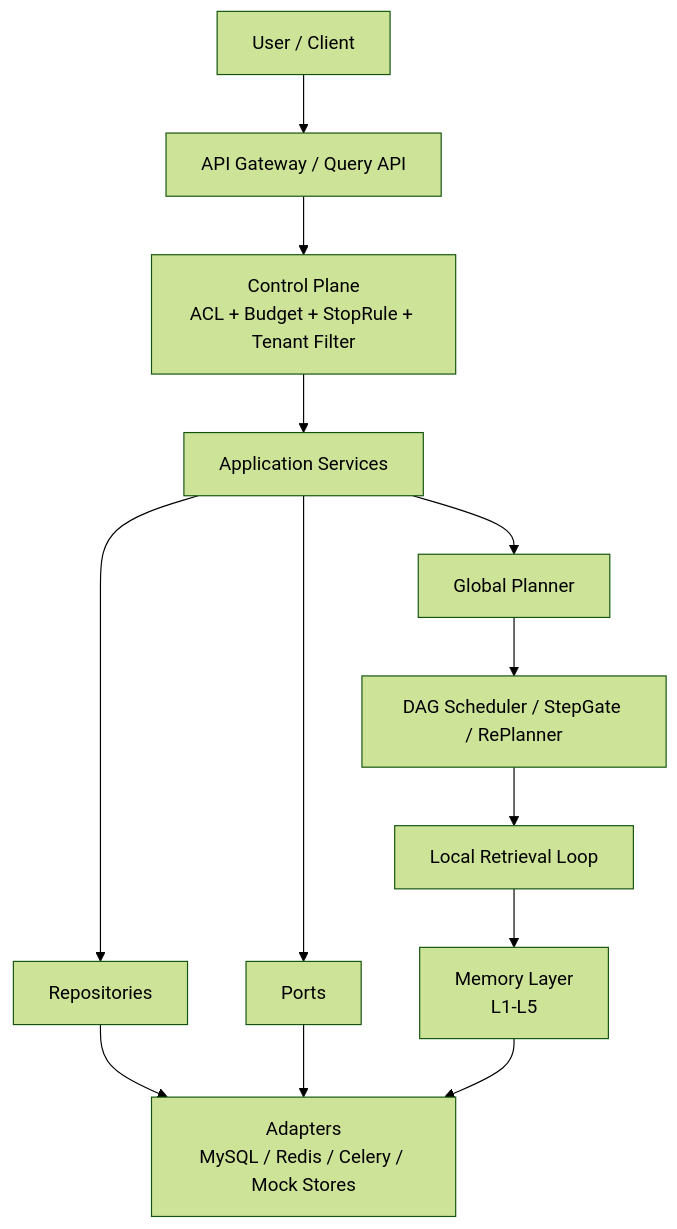
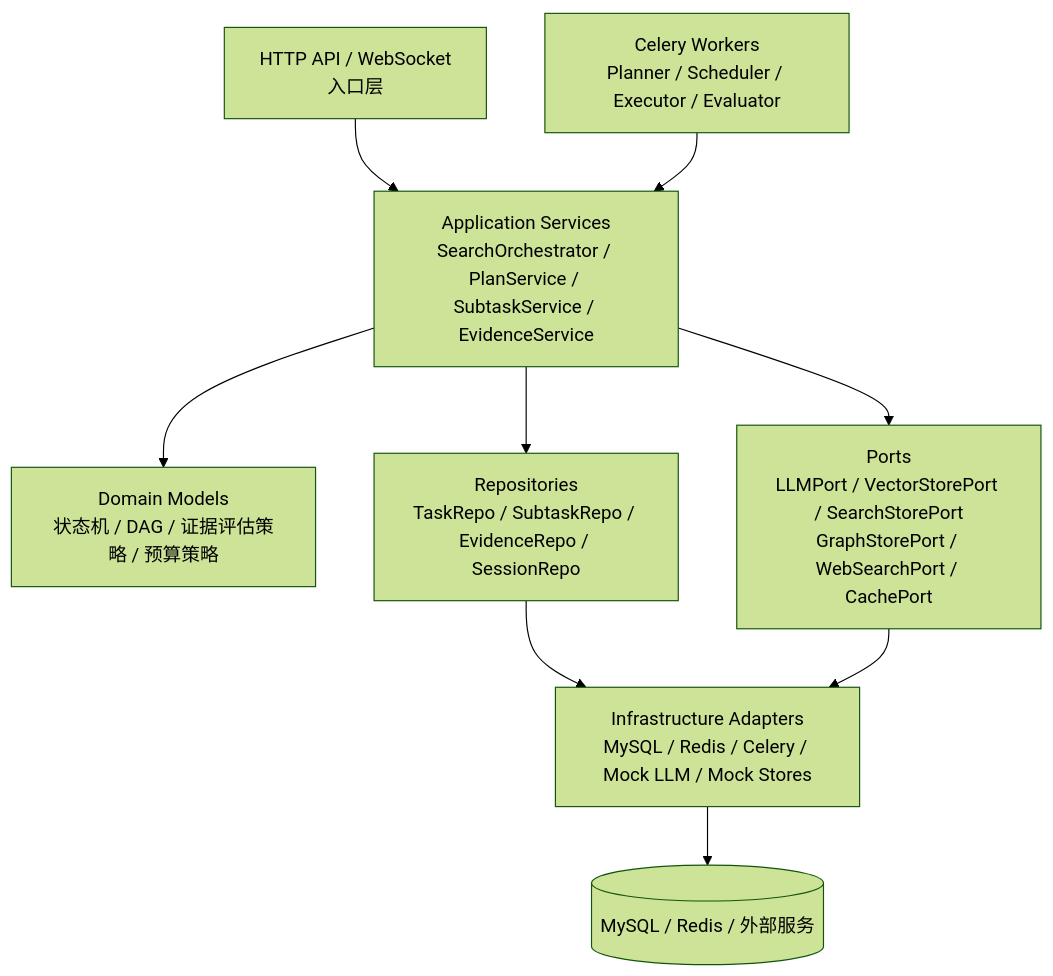
Before and after one commit to kkk935208447/learning_common_lib: the fifth of 5 diagrams in src/learning_common_lib/案例/用户AgenticRAG检索/架构设计规划.md, drawn with Mermaid (forest theme). The commit also changed other lines of this file and 2 other files, not shown here.

````diff
--- a/src/learning_common_lib/案例/用户AgenticRAG检索/架构设计规划.md
+++ b/src/learning_common_lib/案例/用户AgenticRAG检索/架构设计规划.md
@@ -62,27 +853,20 @@
 ```mermaid
 flowchart TB
-    USER[User / Client]
-    API[API Gateway / Query API]
-    CTRL[Control Plane<br/>ACL + Budget + StopRule + Tenant Filter]
-    PLAN[Global Planner]
-    DAG[DAG Scheduler / StepGate / RePlanner]
-    EXEC[Local Retrieval Loop]
-    MEM[Memory Layer<br/>L1-L5]
-    APP[Application Services]
-    REPO[Repositories]
-    PORTS[Ports]
-    ADAPTERS[Adapters<br/>MySQL / Redis / Celery / Mock Stores]
+    API["HTTP API / WebSocket<br/>入口层"]
+    WORKER["Celery Workers<br/>Planner / Scheduler / Executor / Evaluator"]
+    APP["Application Services<br/>SearchOrchestrator / PlanService / SubtaskService / EvidenceService"]
+    DOMAIN["Domain Models<br/>状态机 / DAG / 证据评估策略 / 预算策略"]
+    PORTS["Ports<br/>LLMPort / VectorStorePort / SearchStorePort<br/>GraphStorePort / WebSearchPort / CachePort"]
+    REPO["Repositories<br/>TaskRepo / SubtaskRepo / EvidenceRepo / SessionRepo"]
+    INFRA["Infrastructure Adapters<br/>MySQL / Redis / Celery / Mock LLM / Mock Stores"]
+    EXT[("MySQL / Redis / 外部服务")]
 
-    USER --> API
-    API --> CTRL
-    CTRL --> APP
-    APP --> PLAN
-    PLAN --> DAG
-    DAG --> EXEC
-    EXEC --> MEM
+    API --> APP
+    WORKER --> APP
+    APP --> DOMAIN
+    APP --> PORTS
     APP --> REPO
-    APP --> PORTS
-    REPO --> ADAPTERS
-    PORTS --> ADAPTERS
-    MEM --> ADAPTERS
+    REPO --> INFRA
+    PORTS --> INFRA
+    INFRA --> EXT
 ```
````
